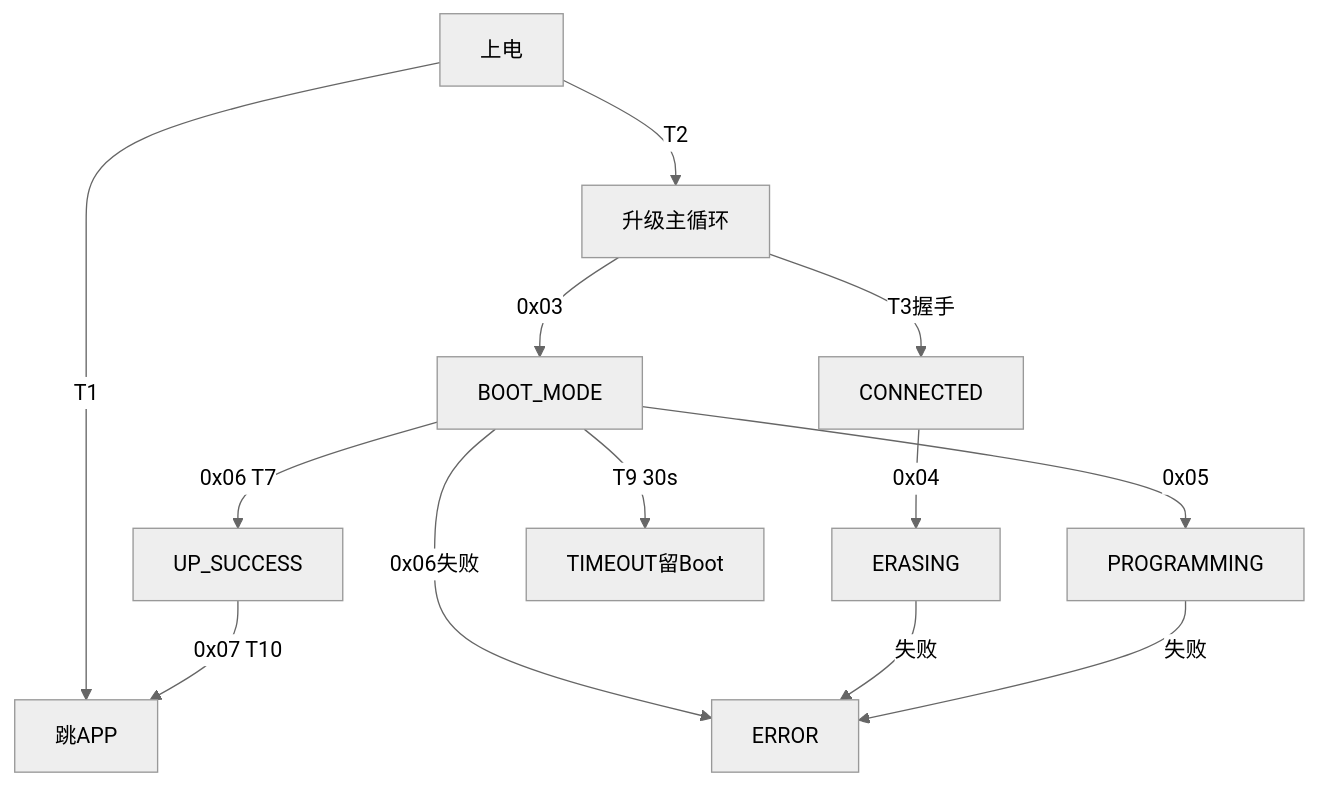
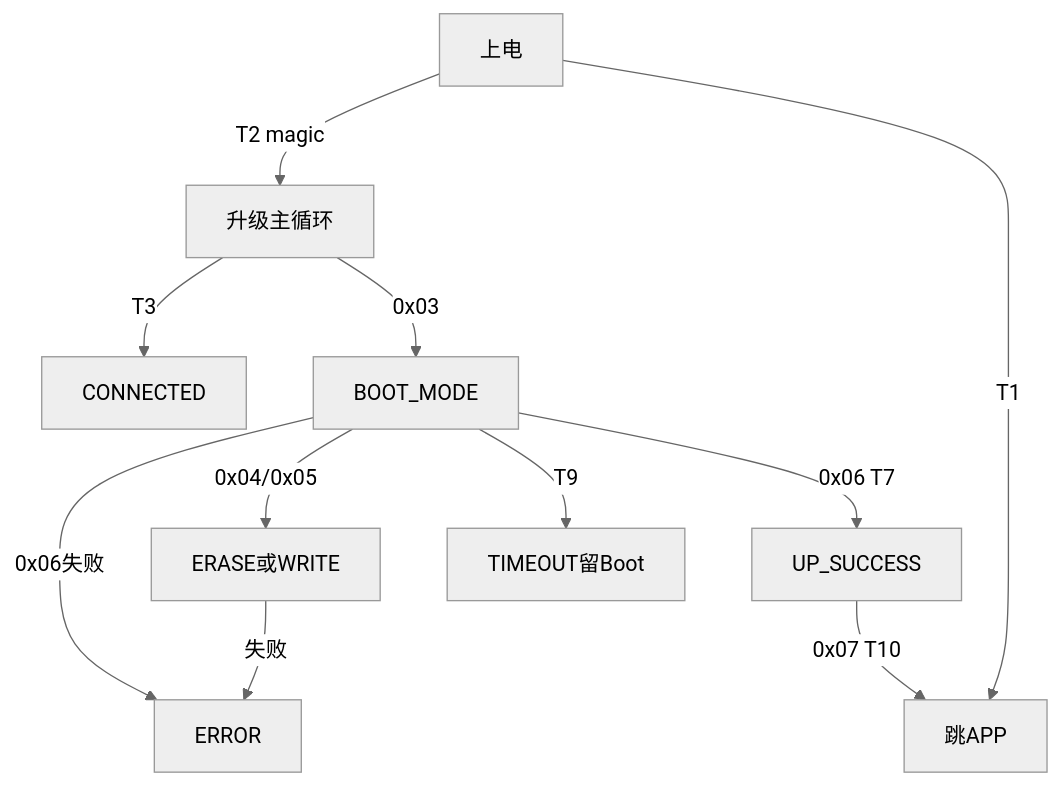
The diagram in docs/OTA_FLOW_INTERACTIONS.md (fasfqwr12/j57aa-scope-connect), drawn with Mermaid (neutral theme) before and after one commit. The commit also changed other lines of this file and 1 other file, not shown here.

````diff
--- a/docs/OTA_FLOW_INTERACTIONS.md
+++ b/docs/OTA_FLOW_INTERACTIONS.md
@@ -117,15 +128,13 @@
 ```mermaid
 flowchart TD
-    P[上电] -->|T1| J[跳APP]
-    P -->|T2| I[升级主循环]
-    I -->|T3握手| C[CONNECTED]
+    P[上电] -->|T2 magic| I[升级主循环]
+    P -->|T1| J[跳APP]
+    I -->|T3| C[CONNECTED]
     I -->|0x03| B[BOOT_MODE]
-    C -->|0x04| E[ERASING]
-    B -->|0x05| G[PROGRAMMING]
+    B -->|0x04/0x05| G[ERASE或WRITE]
+    G -->|失败| X[ERROR]
     B -->|0x06 T7| S[UP_SUCCESS]
-    B -->|0x06失败| X[ERROR]
-    E -->|失败| X
-    G -->|失败| X
+    B -->|0x06失败| X
+    B -->|T9| Z[TIMEOUT留Boot]
     S -->|0x07 T10| J
-    B -->|T9 30s| Z[TIMEOUT留Boot]
 ```
````
